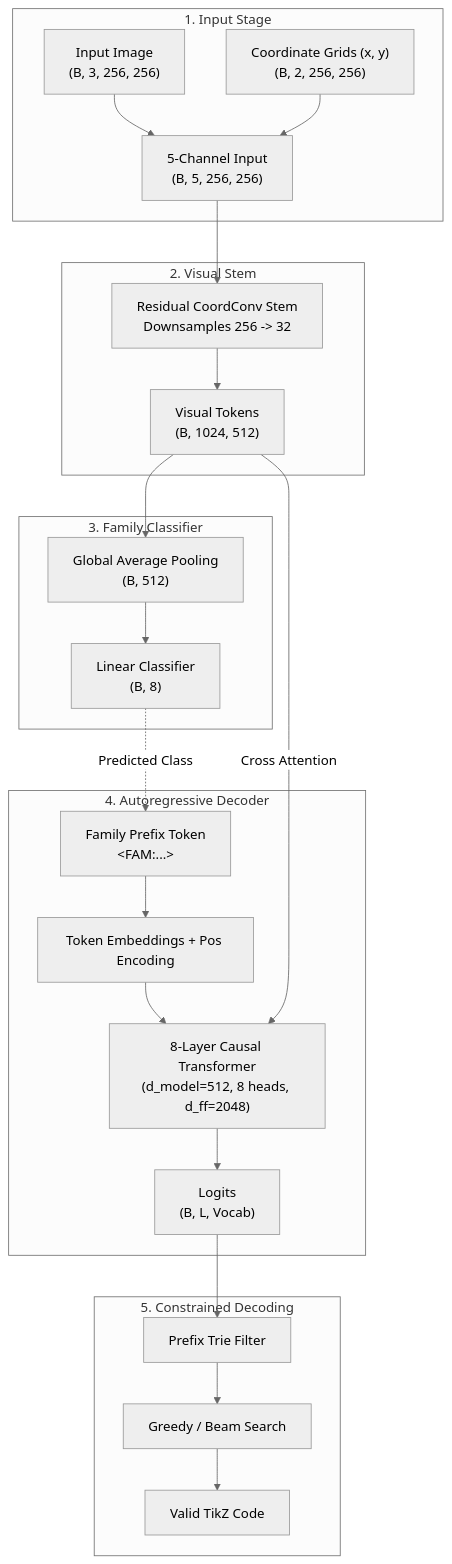
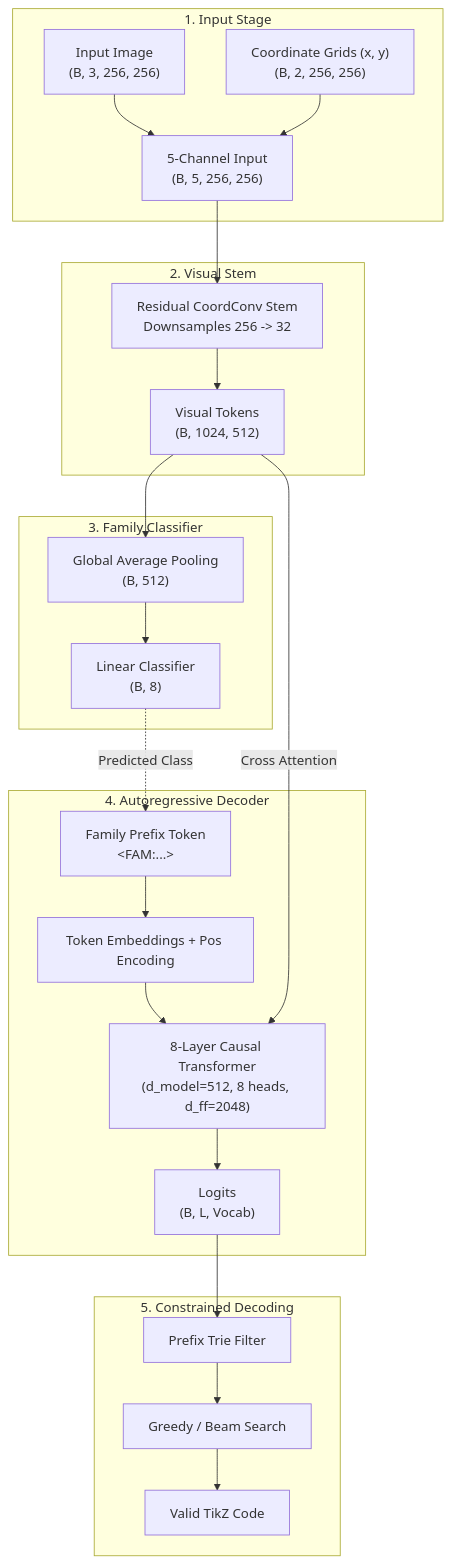
One commit to antoniomachuca/TIkZfy changed the second of 3 diagrams in README.md. Above: the diagram before and after it, drawn with Mermaid. The commit also changed other lines of this file and 1 other file, not shown here.

Commit message:
chore: remove redundant Mermaid theme configurations and outdated scope disclaimer

````diff
--- a/README.md
+++ b/README.md
@@ -110,48 +109,47 @@
 ```mermaid
-%%{init: {'theme': 'neutral'}}%%
 flowchart TB
     subgraph Input["1. Input Stage"]
         Img["Input Image<br/>(B, 3, 256, 256)"]
         Coords["Coordinate Grids (x, y)<br/>(B, 2, 256, 256)"]
         Concat["5-Channel Input<br/>(B, 5, 256, 256)"]
         Img --> Concat
         Coords --> Concat
     end
 
     subgraph Stem["2. Visual Stem"]
         ResStem["Residual CoordConv Stem<br/>Downsamples 256 -> 32"]
         Tokens["Visual Tokens<br/>(B, 1024, 512)"]
         Concat --> ResStem
         ResStem --> Tokens
     end
 
     subgraph Aux["3. Family Classifier"]
         Pool["Global Average Pooling<br/>(B, 512)"]
         Classifier["Linear Classifier<br/>(B, 8)"]
         Tokens --> Pool
         Pool --> Classifier
     end
 
     subgraph Decoder["4. Autoregressive Decoder"]
         Prefix["Family Prefix Token<br/>&lt;FAM:...&gt;"]
         Embed["Token Embeddings + Pos Encoding"]
         Xformer["8-Layer Causal Transformer<br/>(d_model=512, 8 heads, d_ff=2048)"]
         Logits["Logits<br/>(B, L, Vocab)"]
 
         Classifier -.->|Predicted Class| Prefix
         Prefix --> Embed
         Embed --> Xformer
         Tokens -->|Cross Attention| Xformer
         Xformer --> Logits
     end
 
     subgraph DecodingFilter["5. Constrained Decoding"]
         Trie["Prefix Trie Filter"]
         Sample["Greedy / Beam Search"]
         TikZ["Valid TikZ Code"]
 
         Logits --> Trie
         Trie --> Sample
         Sample --> TikZ
     end
 ```
````
